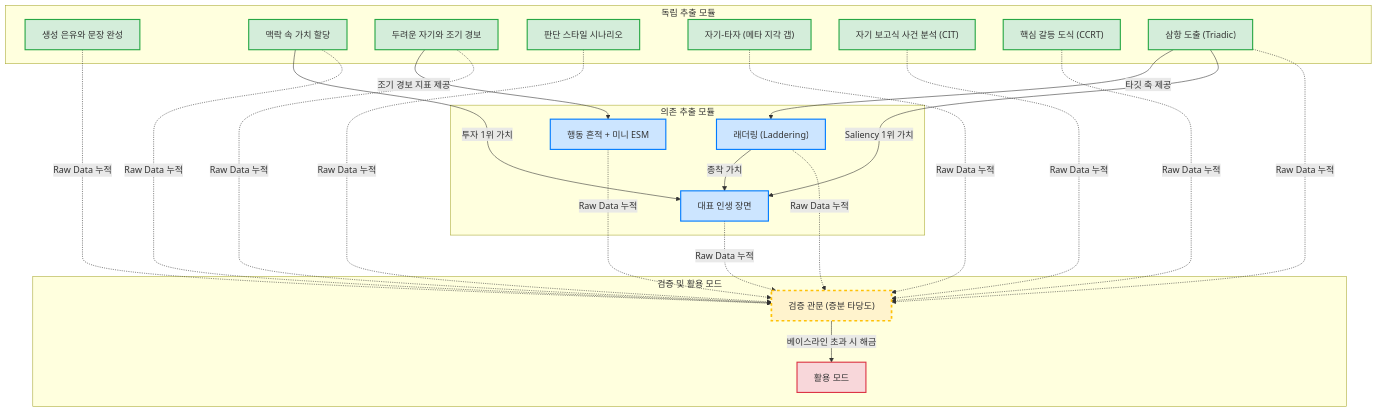
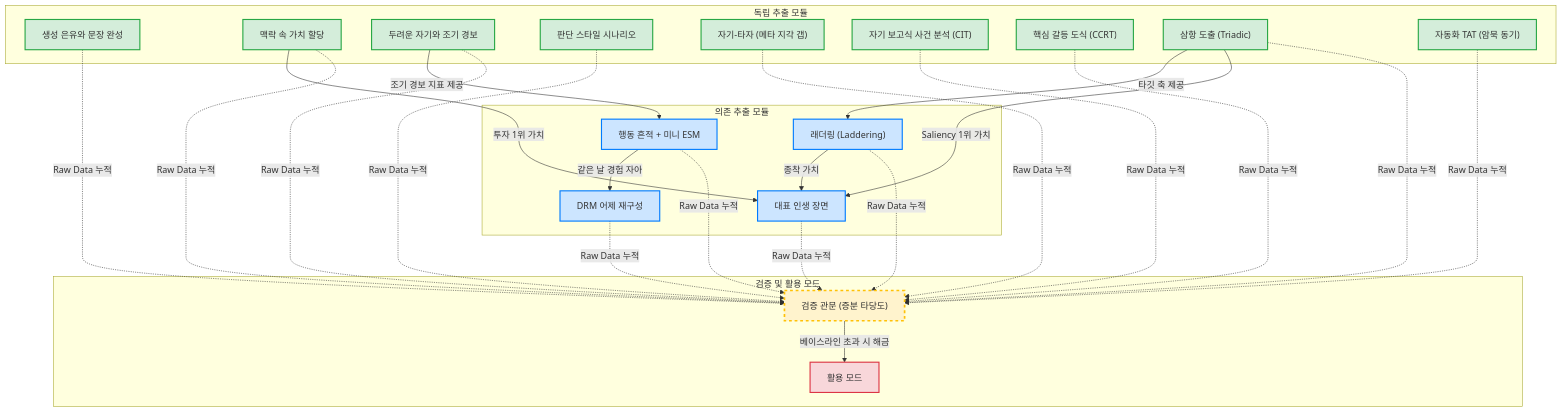
Before and after one commit to YiTanJang/extracting-the-human-mind: the diagram in Extracting the human mind.md, drawn with Mermaid. The commit also changed other lines of this file and 7 other files, not shown here.

First line of the commit message:
docs: 추출 배터리 2종 추가(자동화 TAT·DRM), 제안 4건 중 2건 채택·2건 기각

````diff
--- a/Extracting the human mind.md
+++ b/Extracting the human mind.md
@@ -69,38 +73,41 @@
 ```mermaid
 graph TD
     classDef startNode fill:#d4edda,stroke:#28a745,stroke-width:2px;
     classDef depNode fill:#cce5ff,stroke:#007bff,stroke-width:2px;
     classDef verifyNode fill:#fff3cd,stroke:#ffc107,stroke-width:3px,stroke-dasharray: 5 5;
     classDef outputNode fill:#f8d7da,stroke:#dc3545,stroke-width:2px;
 
     subgraph "독립 추출 모듈"
         M1["생성 은유와 문장 완성"]:::startNode
         M2["맥락 속 가치 할당"]:::startNode
         M3["두려운 자기와 조기 경보"]:::startNode
         M4["판단 스타일 시나리오"]:::startNode
         M5["자기-타자 (메타 지각 갭)"]:::startNode
         M6["자기 보고식 사건 분석 (CIT)"]:::startNode
         M7["핵심 갈등 도식 (CCRT)"]:::startNode
         M8["삼항 도출 (Triadic)"]:::startNode
+        M9["자동화 TAT (암묵 동기)"]:::startNode
     end
 
     subgraph "의존 추출 모듈"
         D1["래더링 (Laddering)"]:::depNode
         D2["대표 인생 장면"]:::depNode
         D3["행동 흔적 + 미니 ESM"]:::depNode
+        D4["DRM 어제 재구성"]:::depNode
     end
 
     subgraph "검증 및 활용 모드"
         V1["검증 관문 (증분 타당도)"]:::verifyNode
         O1["활용 모드"]:::outputNode
     end
 
     M8 -->|타깃 축 제공| D1
     M8 -->|Saliency 1위 가치| D2
     D1 -->|종착 가치| D2
     M2 -->|투자 1위 가치| D2
     M3 -->|조기 경보 지표 제공| D3
+    D3 -->|같은 날 경험 자아| D4
 
-    M1 & M2 & M3 & M4 & M5 & M6 & M7 & M8 & D1 & D2 & D3 -.->|Raw Data 누적| V1
+    M1 & M2 & M3 & M4 & M5 & M6 & M7 & M8 & M9 & D1 & D2 & D3 & D4 -.->|Raw Data 누적| V1
     V1 -->|베이스라인 초과 시 해금| O1
 ```
````
